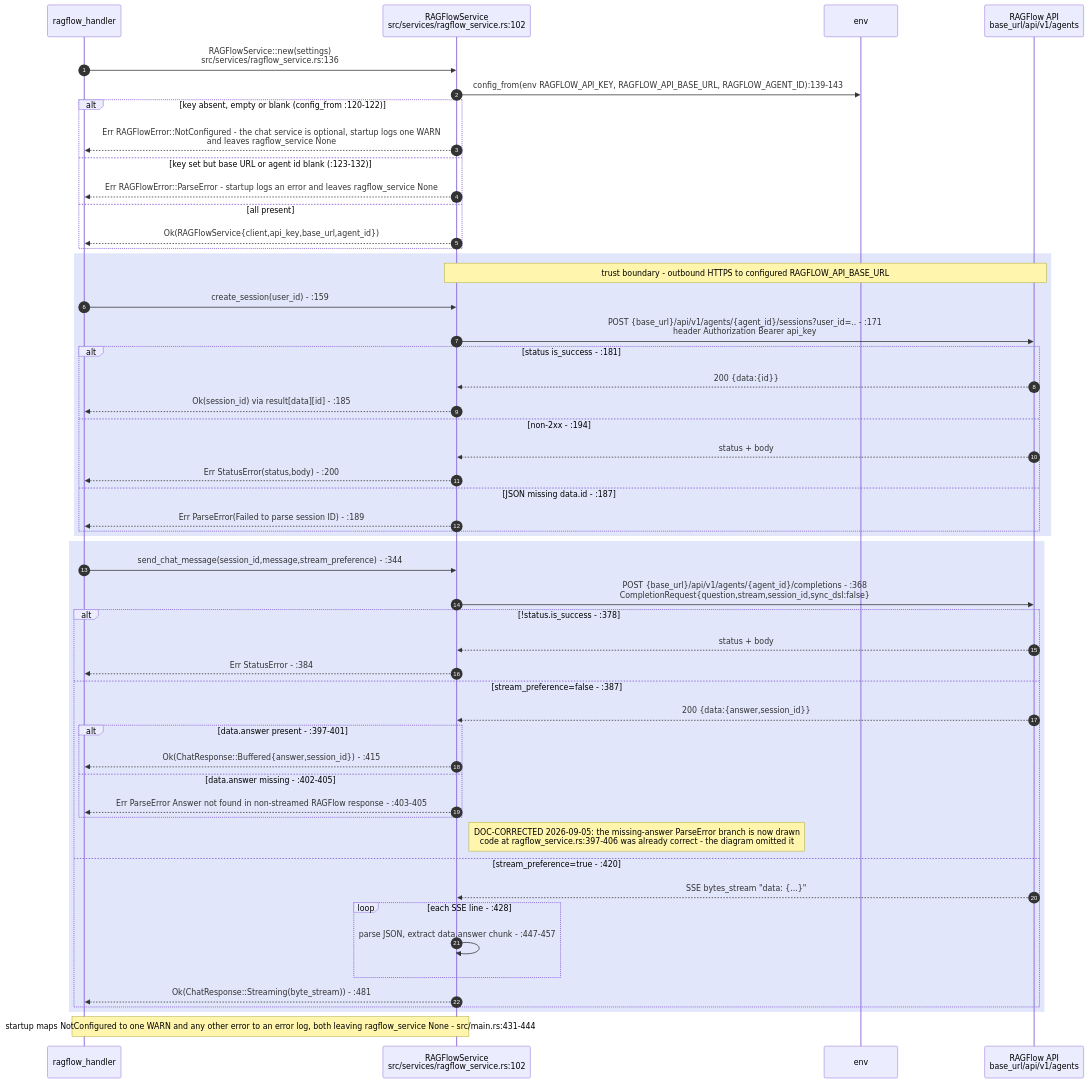
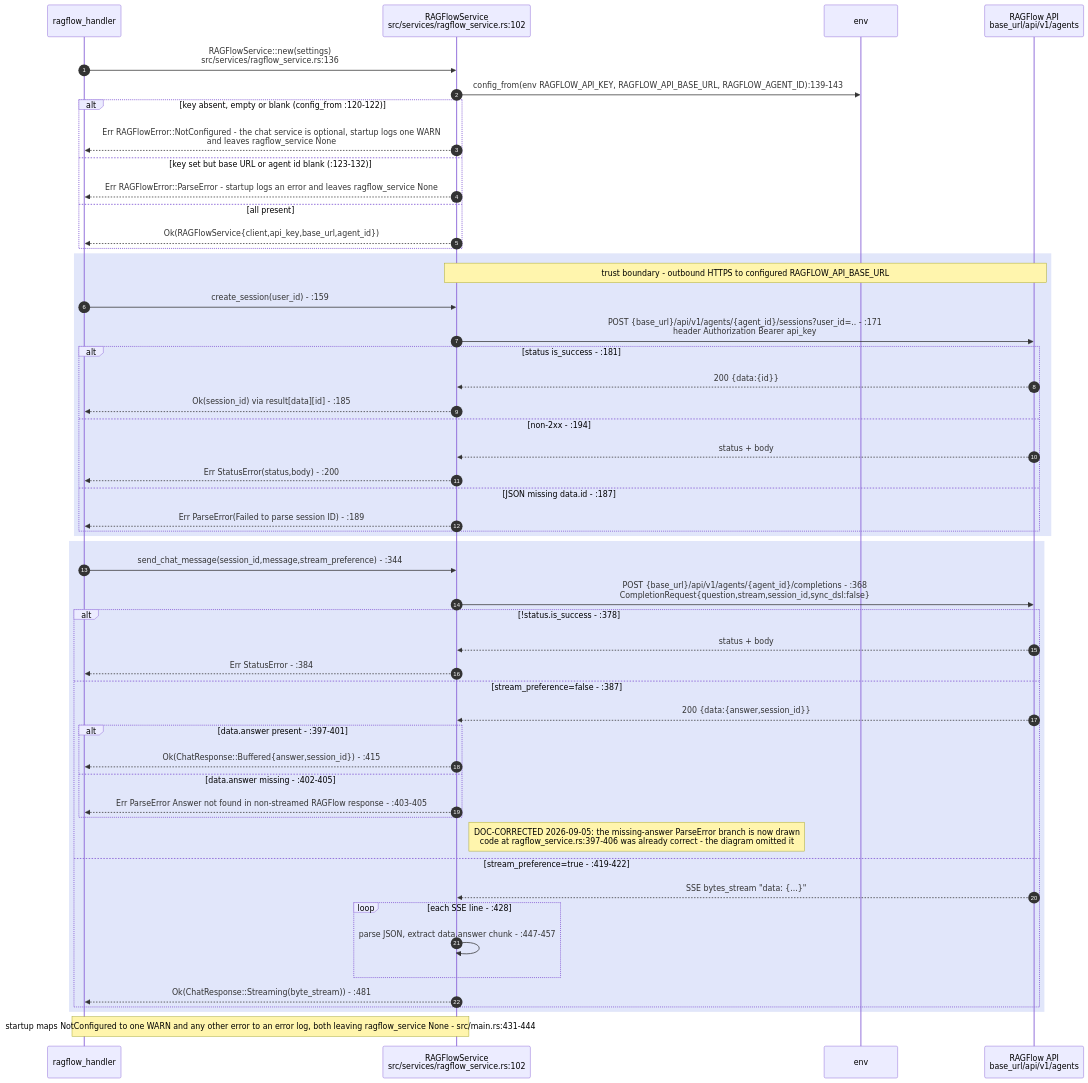
Before and after one commit to DreamLab-AI/VisionFlow: the first of 8 diagrams in docs/diagrams/visionclaw/28-external-services.md, drawn with Mermaid. The commit also changed other lines of this file and 173 other files, not shown here.

````diff
--- a/docs/diagrams/visionclaw/28-external-services.md
+++ b/docs/diagrams/visionclaw/28-external-services.md
@@ -34,57 +34,57 @@
 ```mermaid
 sequenceDiagram
     autonumber
     participant H as ragflow_handler
     participant RS as RAGFlowService<br/>src/services/ragflow_service.rs:102
     participant ENV as env
     participant RF as RAGFlow API<br/>base_url/api/v1/agents
 
     H->>RS: RAGFlowService::new(settings)<br/>src/services/ragflow_service.rs:136
     RS->>ENV: config_from(env RAGFLOW_API_KEY, RAGFLOW_API_BASE_URL, RAGFLOW_AGENT_ID):139-143
     alt key absent, empty or blank (config_from :120-122)
         RS-->>H: Err RAGFlowError::NotConfigured - the chat service is optional, startup logs one WARN<br/>and leaves ragflow_service None
     else key set but base URL or agent id blank (:123-132)
         RS-->>H: Err RAGFlowError::ParseError - startup logs an error and leaves ragflow_service None
     else all present
         RS-->>H: Ok(RAGFlowService{client,api_key,base_url,agent_id})
     end
 
     rect rgb(225,230,250)
     Note over RS,RF: trust boundary - outbound HTTPS to configured RAGFLOW_API_BASE_URL
     H->>RS: create_session(user_id) - :159
     RS->>RF: POST {base_url}/api/v1/agents/{agent_id}/sessions?user_id=.. - :171<br/>header Authorization Bearer api_key
     alt status is_success - :181
         RF-->>RS: 200 {data:{id}}
         RS-->>H: Ok(session_id) via result[data][id] - :185
     else non-2xx - :194
         RF-->>RS: status + body
         RS-->>H: Err StatusError(status,body) - :200
     else JSON missing data.id - :187
         RS-->>H: Err ParseError(Failed to parse session ID) - :189
     end
     end
 
     rect rgb(225,230,250)
     H->>RS: send_chat_message(session_id,message,stream_preference) - :344
     RS->>RF: POST {base_url}/api/v1/agents/{agent_id}/completions - :368<br/>CompletionRequest{question,stream,session_id,sync_dsl:false}
     alt !status.is_success - :378
         RF-->>RS: status + body
         RS-->>H: Err StatusError - :384
     else stream_preference=false - :387
         RF-->>RS: 200 {data:{answer,session_id}}
         alt data.answer present - :397-401
             RS-->>H: Ok(ChatResponse::Buffered{answer,session_id}) - :415
         else data.answer missing - :402-405
             RS-->>H: Err ParseError Answer not found in non-streamed RAGFlow response - :403-405
         end
         Note right of RS: DOC-CORRECTED 2026-09-05: the missing-answer ParseError branch is now drawn<br/>code at ragflow_service.rs:397-406 was already correct - the diagram omitted it
-    else stream_preference=true - :420
+    else stream_preference=true - :419-422
         RF-->>RS: SSE bytes_stream "data: {...}"
         loop each SSE line - :428
             RS->>RS: parse JSON, extract data.answer chunk - :447-457
         end
         RS-->>H: Ok(ChatResponse::Streaming(byte_stream)) - :481
     end
     end
     Note over H,RS: startup maps NotConfigured to one WARN and any other error to an error log, both leaving ragflow_service None - src/main.rs:431-444
 ```
````
